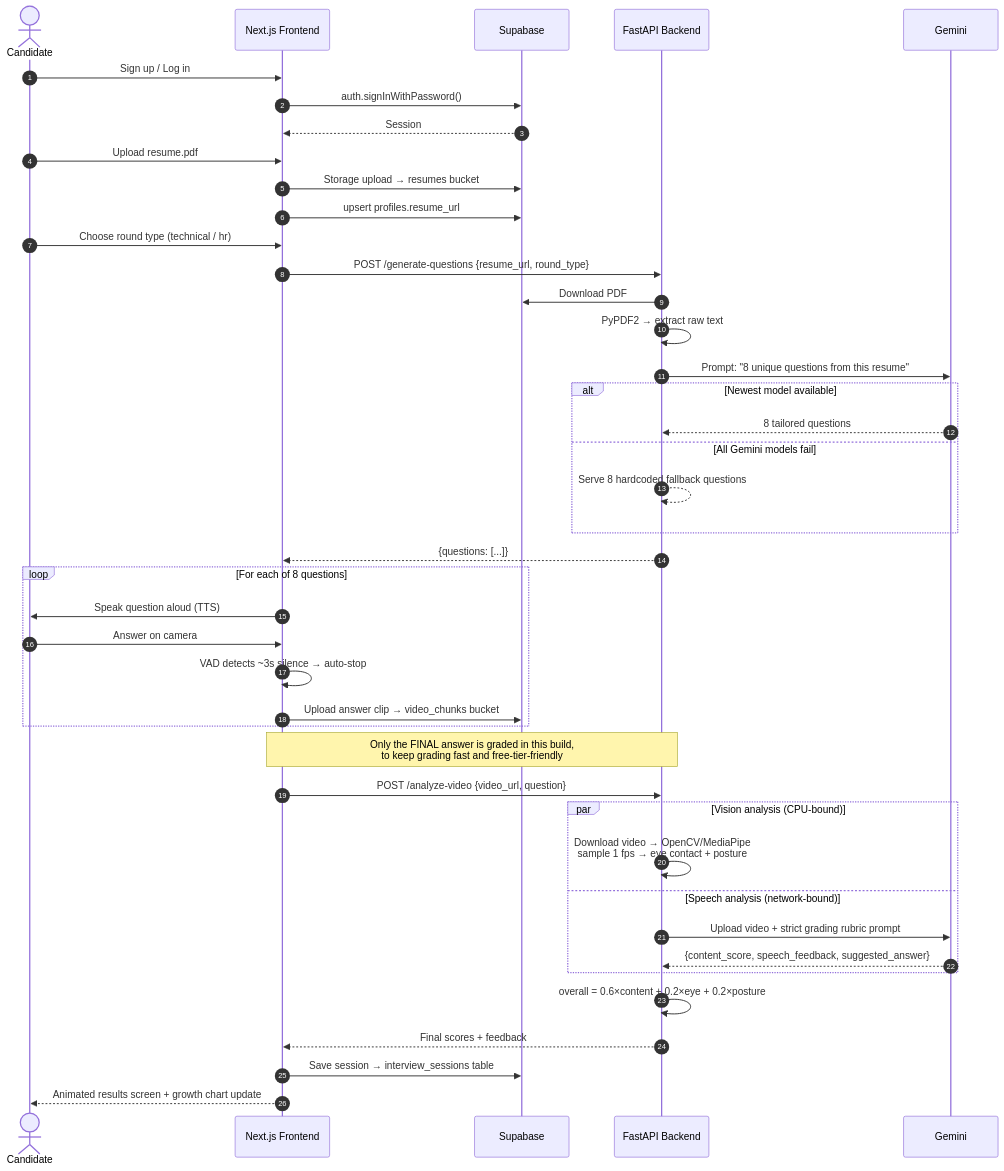
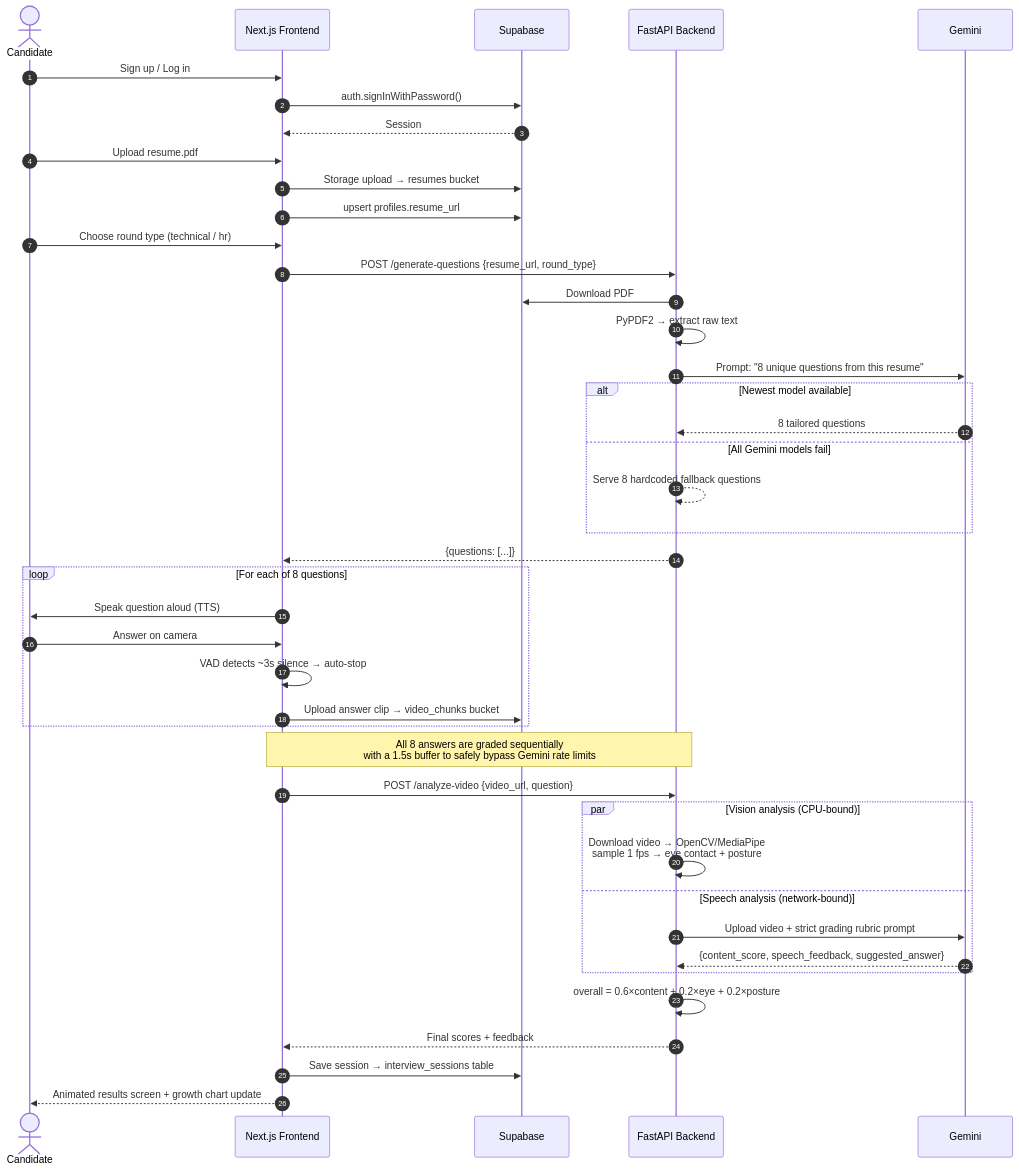
Before and after one commit to aryanassit/MOCKSTAR: the second of 3 diagrams in README.md, drawn with Mermaid. The commit also changed other lines of this file, not shown here.

````diff
--- a/README.md
+++ b/README.md
@@ -141,51 +141,51 @@
 ```mermaid
 sequenceDiagram
     autonumber
     actor U as Candidate
     participant FE as Next.js Frontend
     participant SB as Supabase
     participant BE as FastAPI Backend
     participant G as Gemini
 
     U->>FE: Sign up / Log in
     FE->>SB: auth.signInWithPassword()
     SB-->>FE: Session
 
     U->>FE: Upload resume.pdf
     FE->>SB: Storage upload → resumes bucket
     FE->>SB: upsert profiles.resume_url
     U->>FE: Choose round type (technical / hr)
 
     FE->>BE: POST /generate-questions {resume_url, round_type}
     BE->>SB: Download PDF
     BE->>BE: PyPDF2 → extract raw text
     BE->>G: Prompt: "8 unique questions from this resume"
     alt Newest model available
         G-->>BE: 8 tailored questions
     else All Gemini models fail
         BE-->>BE: Serve 8 hardcoded fallback questions
     end
     BE-->>FE: {questions: [...]}
 
     loop For each of 8 questions
         FE->>U: Speak question aloud (TTS)
         U->>FE: Answer on camera
         FE->>FE: VAD detects ~3s silence → auto-stop
         FE->>SB: Upload answer clip → video_chunks bucket
     end
 
-    Note over FE,BE: Only the FINAL answer is graded in this build,<br/>to keep grading fast and free-tier-friendly
+    Note over FE,BE: All 8 answers are graded sequentially<br/>with a 1.5s buffer to safely bypass Gemini rate limits
 
     FE->>BE: POST /analyze-video {video_url, question}
     par Vision analysis (CPU-bound)
         BE->>BE: Download video → OpenCV/MediaPipe<br/>sample 1 fps → eye contact + posture
     and Speech analysis (network-bound)
         BE->>G: Upload video + strict grading rubric prompt
         G-->>BE: {content_score, speech_feedback, suggested_answer}
     end
     BE->>BE: overall = 0.6×content + 0.2×eye + 0.2×posture
     BE-->>FE: Final scores + feedback
 
     FE->>SB: Save session → interview_sessions table
     FE-->>U: Animated results screen + growth chart update
 ```
````
